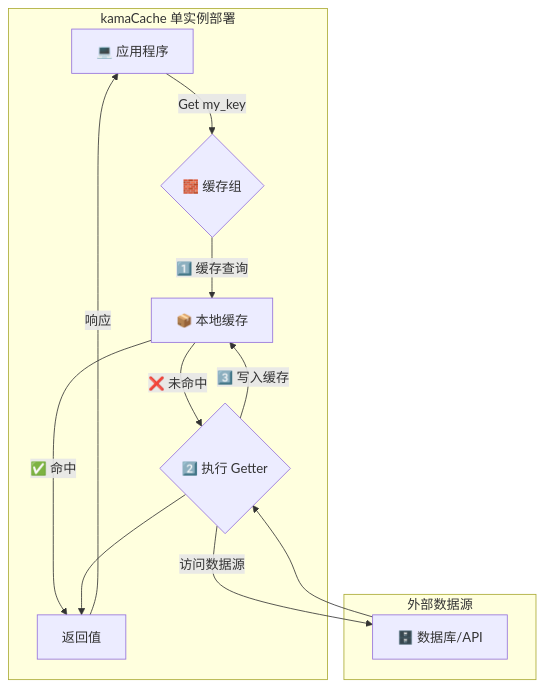
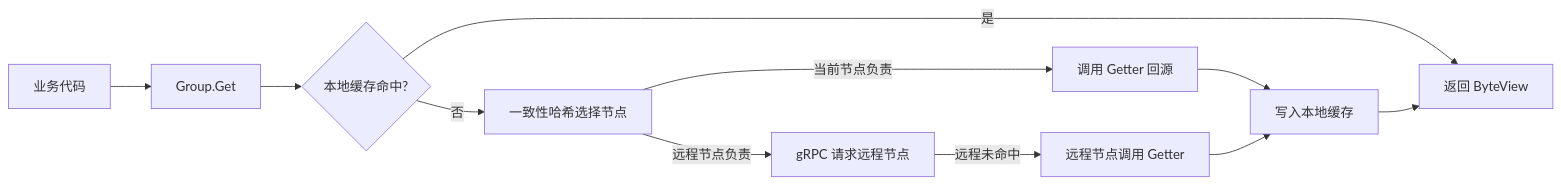
One commit to Rson9/kamaCache changed the diagram in README.md. Above: the diagram before and after it, drawn with Mermaid. The commit also changed other lines of this file, not shown here.

````diff
--- a/README.md
+++ b/README.md
@@ -27,21 +21,13 @@
 ```mermaid
-graph TD
-    subgraph "kamaCache 单实例部署"
-    A[💻 应用程序] -->|Get my_key| B{🧱 缓存组}
-        B -->|1️⃣ 缓存查询| C[📦 本地缓存]
-        C -->|✅ 命中| D[返回值]
-        C -->|❌ 未命中| E{2️⃣ 执行 Getter}
-        E -->|3️⃣ 写入缓存| C
-        E --> D
-    end
-
-    subgraph "外部数据源"
-        F[🗄️ 数据库/API]
-    end
-
-    E -->|访问数据源| F
-    F --> E
-
-    D -->|响应| A
-
+flowchart LR
+    A[业务代码] --> B[Group.Get]
+    B --> C{本地缓存命中?}
+    C -->|是| D[返回 ByteView]
+    C -->|否| E[一致性哈希选择节点]
+    E -->|当前节点负责| F[调用 Getter 回源]
+    E -->|远程节点负责| G[gRPC 请求远程节点]
+    G -->|远程未命中| H[远程节点调用 Getter]
+    F --> I[写入本地缓存]
+    H --> I
+    I --> D
 ```
````
